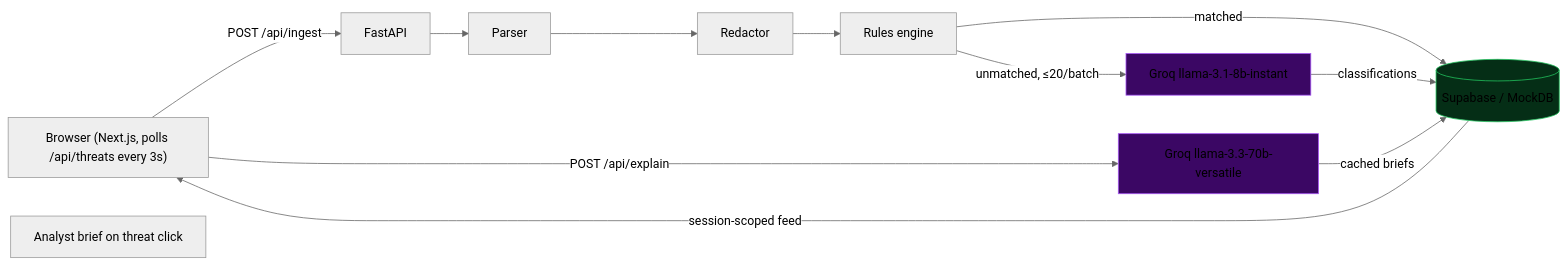
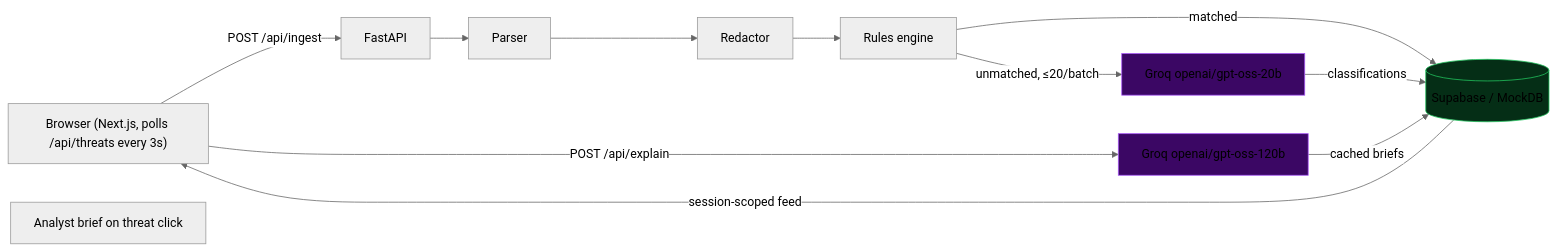
Before and after one commit to mathuryashash/ThreatLens: the diagram in README.md, drawn with Mermaid (neutral theme). The commit also changed other lines of this file and 1 other file, not shown here.

Commit message:
docs: replace retired llama/gemini-1.5 model names; document LLM env knobs

````diff
--- a/README.md
+++ b/README.md
@@ -124,20 +126,20 @@
 ```mermaid
 flowchart LR
     U["Browser (Next.js, polls /api/threats every 3s)"]
     A["Analyst brief on threat click"]
 
     U -->|"POST /api/ingest"| API["FastAPI"]
     API --> P["Parser"]
     P --> R["Redactor"]
     R --> X["Rules engine"]
-    X -->|"unmatched, ≤20/batch"| L["Groq llama-3.1-8b-instant"]
+    X -->|"unmatched, ≤20/batch"| L["Groq openai/gpt-oss-20b"]
     X -->|"matched"| T[("Supabase / MockDB")]
     L -->|"classifications"| T
     T -->|"session-scoped feed"| U
-    U -->|"POST /api/explain"| E["Groq llama-3.3-70b-versatile"]
+    U -->|"POST /api/explain"| E["Groq openai/gpt-oss-120b"]
     E -->|"cached briefs"| T
 
     style L fill:#3b0764,stroke:#a855f7
     style E fill:#3b0764,stroke:#a855f7
     style T fill:#052e16,stroke:#22c55e
 ```
````
